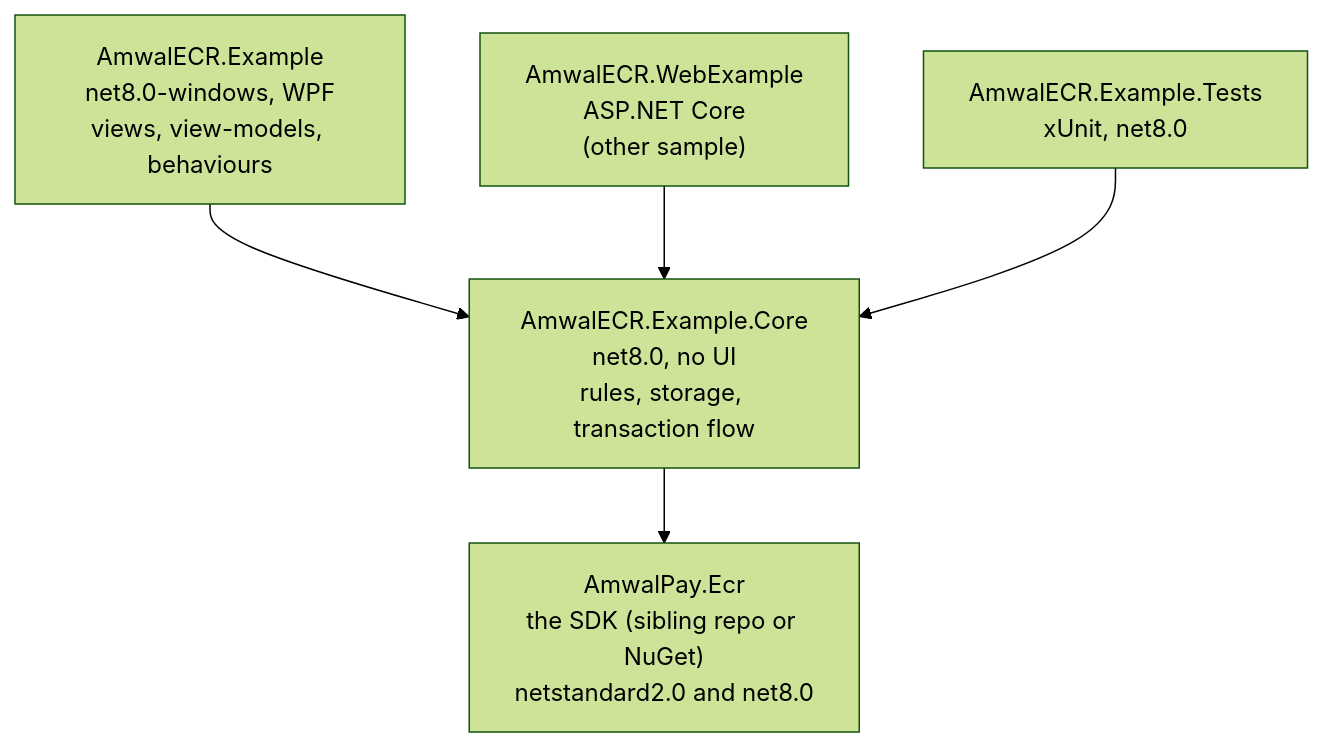
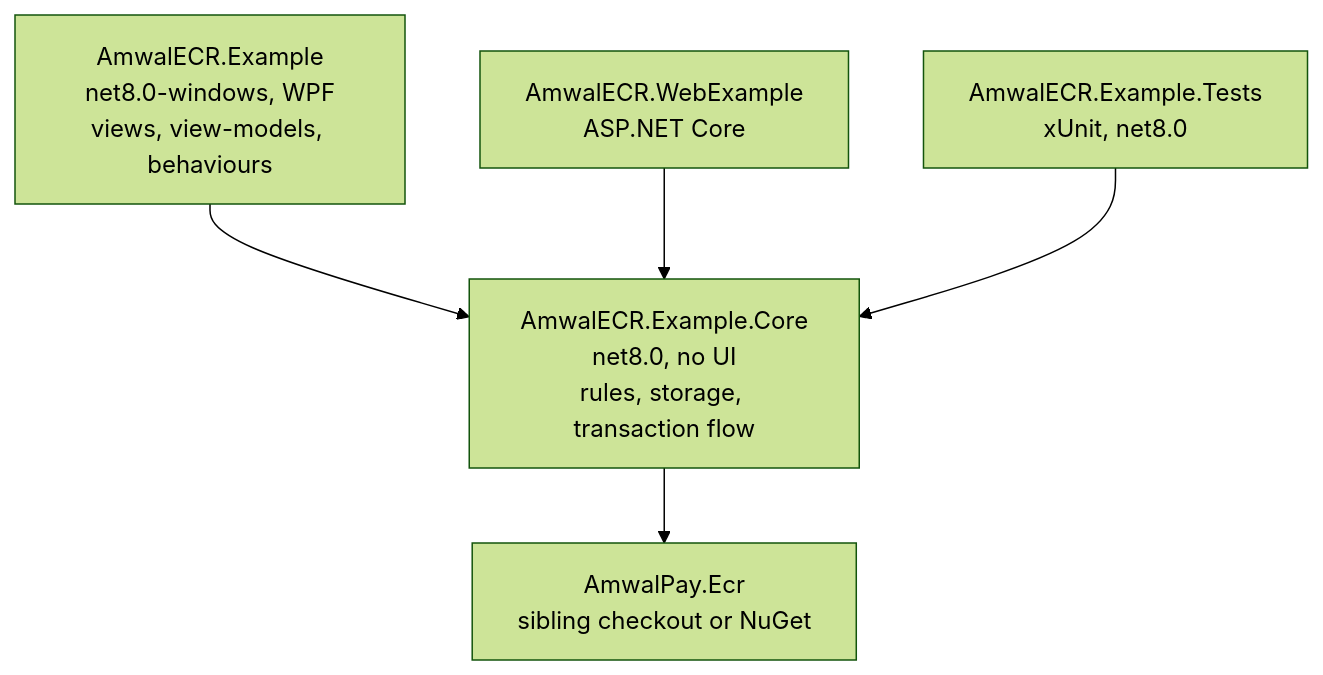
One commit to amwal-pay/AmwalpayEcrWindowsExample changed the first of 4 diagrams in Windows-Native-Example/docs/implementation.md. Above: the diagram before and after it, drawn with Mermaid (forest theme). The commit also changed other lines of this file and 28 other files, not shown here.

Commit message:
Update ECR web service

````diff
--- a/Windows-Native-Example/docs/implementation.md
+++ b/Windows-Native-Example/docs/implementation.md
@@ -57,13 +38,12 @@
 ```mermaid
 flowchart TD
-    SDK["AmwalPay.Ecr<br/>the SDK (sibling repo or NuGet)<br/>netstandard2.0 and net8.0"]
+    SDK["AmwalPay.Ecr<br/>sibling checkout or NuGet"]
     Core["AmwalECR.Example.Core<br/>net8.0, no UI<br/>rules, storage, transaction flow"]
     WPF["AmwalECR.Example<br/>net8.0-windows, WPF<br/>views, view-models, behaviours"]
-    Web["AmwalECR.WebExample<br/>ASP.NET Core<br/>(other sample)"]
+    Web["AmwalECR.WebExample<br/>ASP.NET Core"]
     Tests["AmwalECR.Example.Tests<br/>xUnit, net8.0"]
-
     WPF --> Core
     Web --> Core
     Tests --> Core
     Core --> SDK
 ```
````
